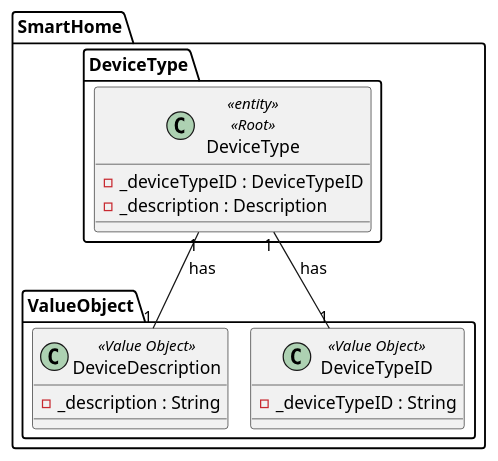
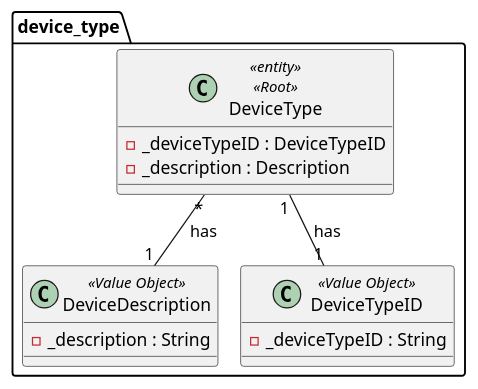
The diagram in docs/ooa/4.agreggateModels/DeviceType.puml (olivDiogo/SmartHome), drawn with PlantUML before and after one commit. The commit also changed 11 other files, not shown here.

```diff
--- a/docs/ooa/4.agreggateModels/DeviceType.puml
+++ b/docs/ooa/4.agreggateModels/DeviceType.puml
@@ -1,22 +1,20 @@
 @startuml
 !pragma layout smetana
 
-package SmartHome.DeviceType {
+package device_type {
 class DeviceType<<entity>><<Root>> {
     - _deviceTypeID : DeviceTypeID
     - _description : Description
 }
 
-package SmartHome.ValueObject {
 class DeviceDescription<<Value Object>> {
     - _description : String
 }
 class DeviceTypeID<<Value Object>> {
     - _deviceTypeID : String
 }
-}
 
-SmartHome.DeviceType.DeviceType "1" -- "1" DeviceDescription : has
-SmartHome.DeviceType.DeviceType "1" -- "1" DeviceTypeID : has
+DeviceType "*" -- "1" DeviceDescription : has
+DeviceType "1" -- "1" DeviceTypeID : has
 
 @enduml
```
